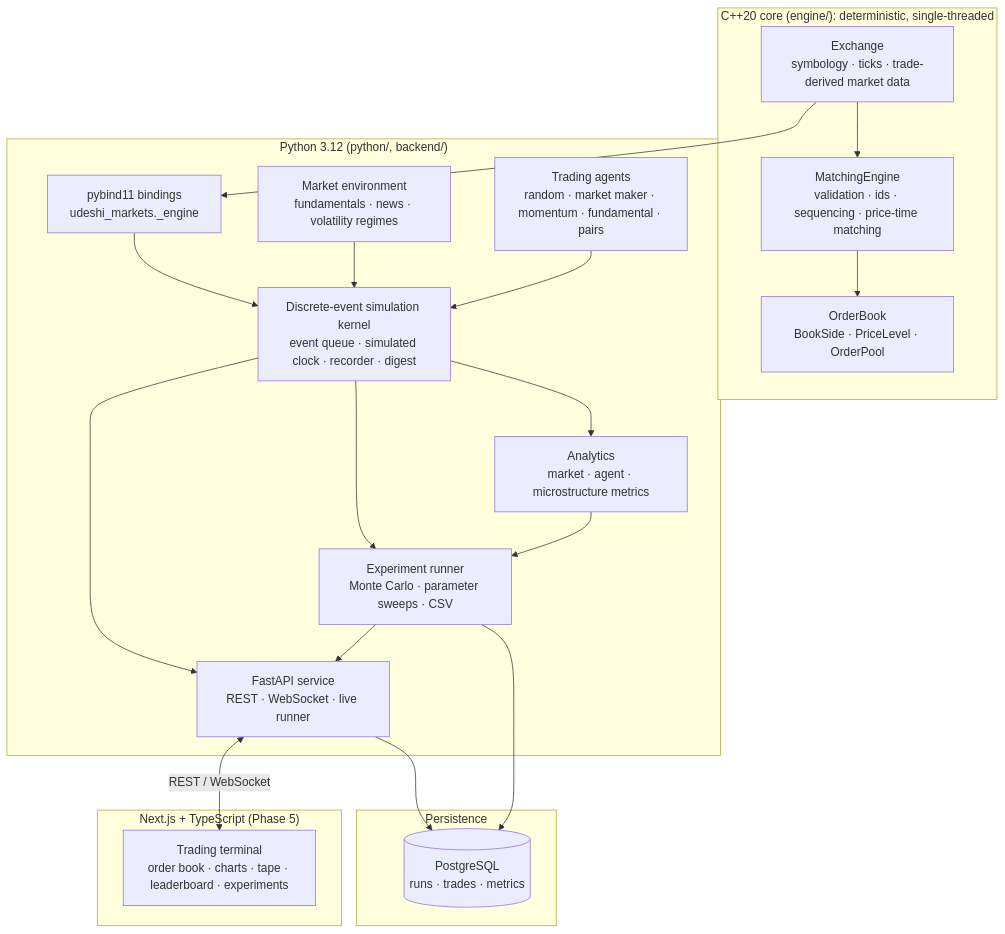
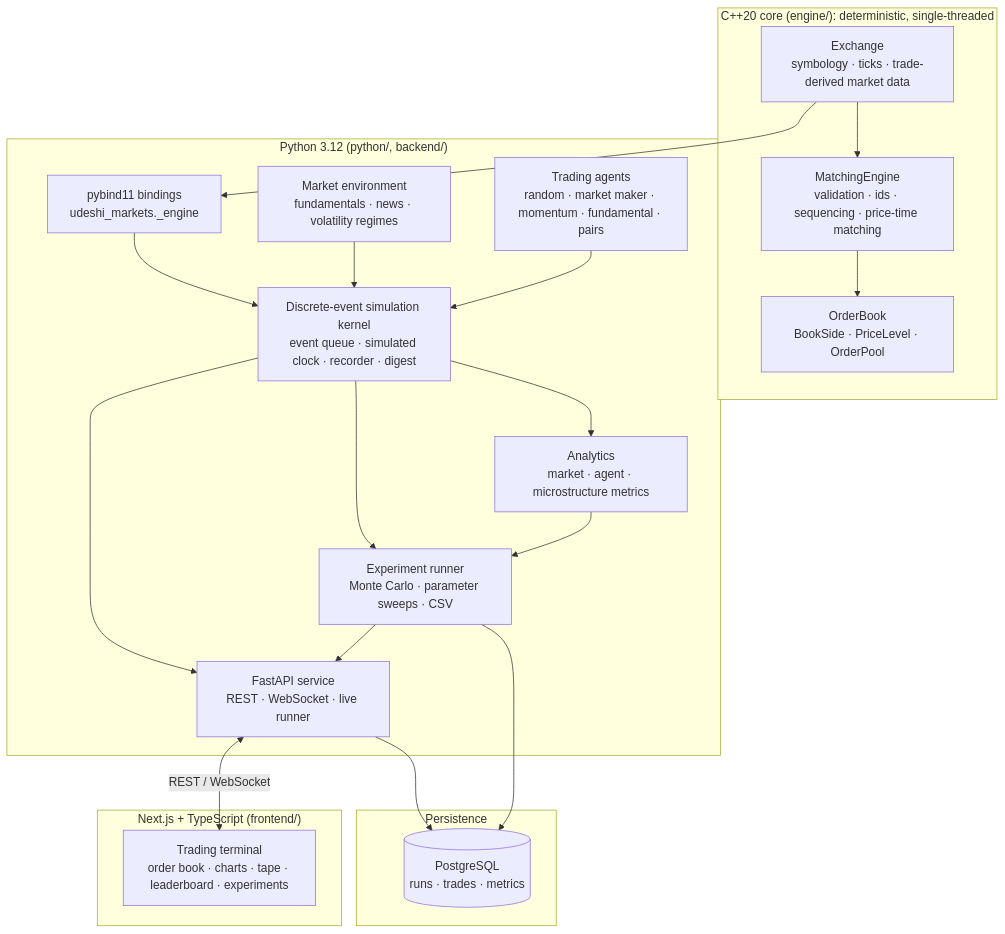
One commit to luvudeshi/udeshi-markets changed the first of 2 diagrams in docs/architecture.md. Above: the diagram before and after it, drawn with Mermaid. The commit also changed other lines of this file and 6 other files, not shown here.

````diff
--- a/docs/architecture.md
+++ b/docs/architecture.md
@@ -6,41 +6,41 @@
 ```mermaid
 flowchart TB
     subgraph Core["C++20 core (engine/): deterministic, single-threaded"]
         OB["OrderBook<br/>BookSide · PriceLevel · OrderPool"]
         ME["MatchingEngine<br/>validation · ids · sequencing · price-time matching"]
         EX["Exchange<br/>symbology · ticks · trade-derived market data"]
         ME --> OB
         EX --> ME
     end
 
     subgraph Py["Python 3.12 (python/, backend/)"]
         BIND["pybind11 bindings<br/>udeshi_markets._engine"]
         SIM["Discrete-event simulation kernel<br/>event queue · simulated clock · recorder · digest"]
         ENV["Market environment<br/>fundamentals · news · volatility regimes"]
         AG["Trading agents<br/>random · market maker · momentum · fundamental · pairs"]
         AN["Analytics<br/>market · agent · microstructure metrics"]
         XP["Experiment runner<br/>Monte Carlo · parameter sweeps · CSV"]
         API["FastAPI service<br/>REST · WebSocket · live runner"]
     end
 
     subgraph Data["Persistence"]
         PG[("PostgreSQL<br/>runs · trades · metrics")]
     end
 
-    subgraph UI["Next.js + TypeScript (Phase 5)"]
+    subgraph UI["Next.js + TypeScript (frontend/)"]
         FE["Trading terminal<br/>order book · charts · tape · leaderboard · experiments"]
     end
 
     EX --> BIND
     BIND --> SIM
     ENV --> SIM
     AG --> SIM
     SIM --> AN
     SIM --> XP
     AN --> XP
     SIM --> API
     XP --> API
     API --> PG
     XP --> PG
     API <-->|REST / WebSocket| FE
 ```
````
